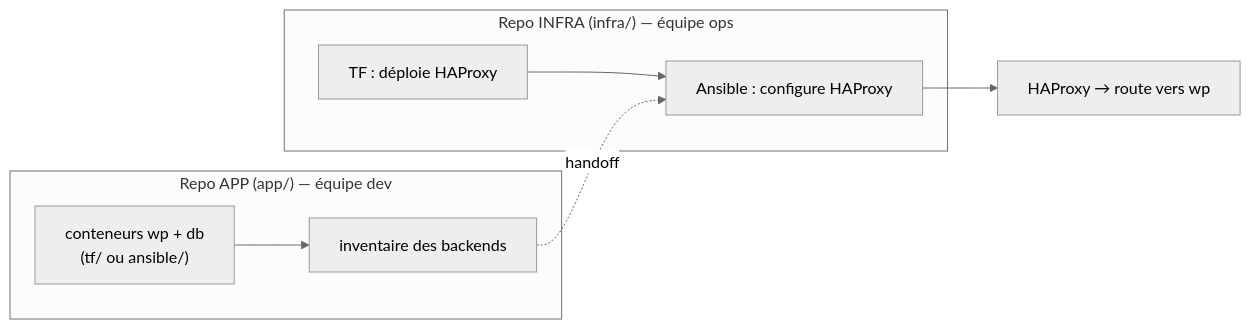
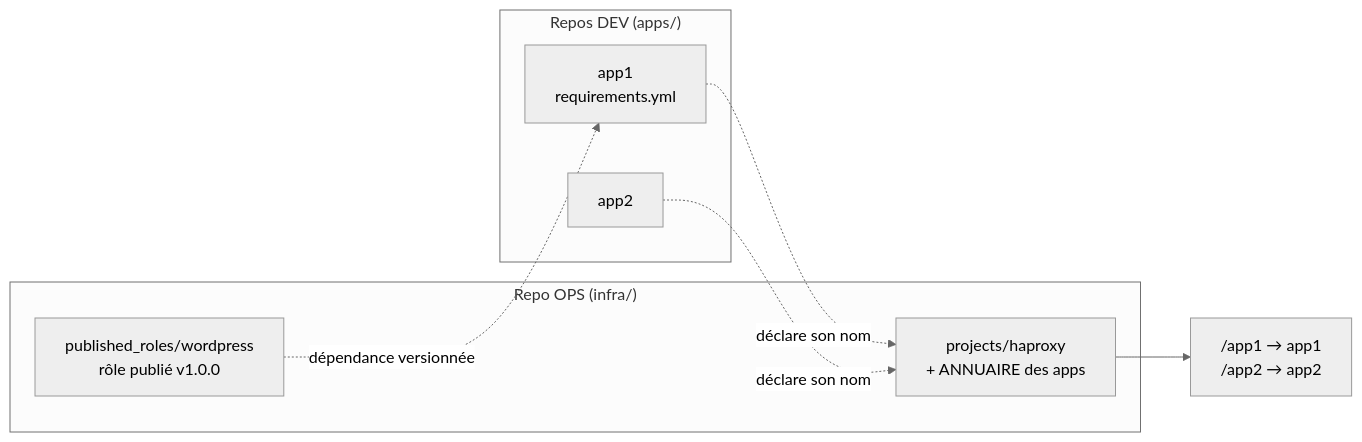
The diagram in 6-HAPROXY.md (bngams/2607-ansible-intro), drawn with Mermaid (neutral theme) before and after one commit. The commit also changed other lines of this file and 46 other files, not shown here.

````diff
--- a/6-HAPROXY.md
+++ b/6-HAPROXY.md
@@ -44,11 +35,15 @@
 ```mermaid
 flowchart LR
-    subgraph DEV["Repo APP (app/) — équipe dev"]
-        WP["conteneurs wp + db<br/>(tf/ ou ansible/)"] --> INV["inventaire des backends"]
+    subgraph OPS["Repo OPS (infra/)"]
+        ROLE["published_roles/wordpress<br/>rôle publié v1.0.0"]
+        PROXY["projects/haproxy<br/>+ ANNUAIRE des apps"]
     end
-    subgraph OPS["Repo INFRA (infra/) — équipe ops"]
-        TF["TF : déploie HAProxy"] --> CFG["Ansible : configure HAProxy"]
+    subgraph DEV["Repos DEV (apps/)"]
+        A1["app1<br/>requirements.yml"]
+        A2["app2"]
     end
-    INV -. handoff .-> CFG
-    CFG --> R["HAProxy → route vers wp"]
+    ROLE -. "dépendance versionnée" .-> A1
+    A1 -. "déclare son nom" .-> PROXY
+    A2 -. "déclare son nom" .-> PROXY
+    PROXY --> R["/app1 → app1<br/>/app2 → app2"]
 ```
````
